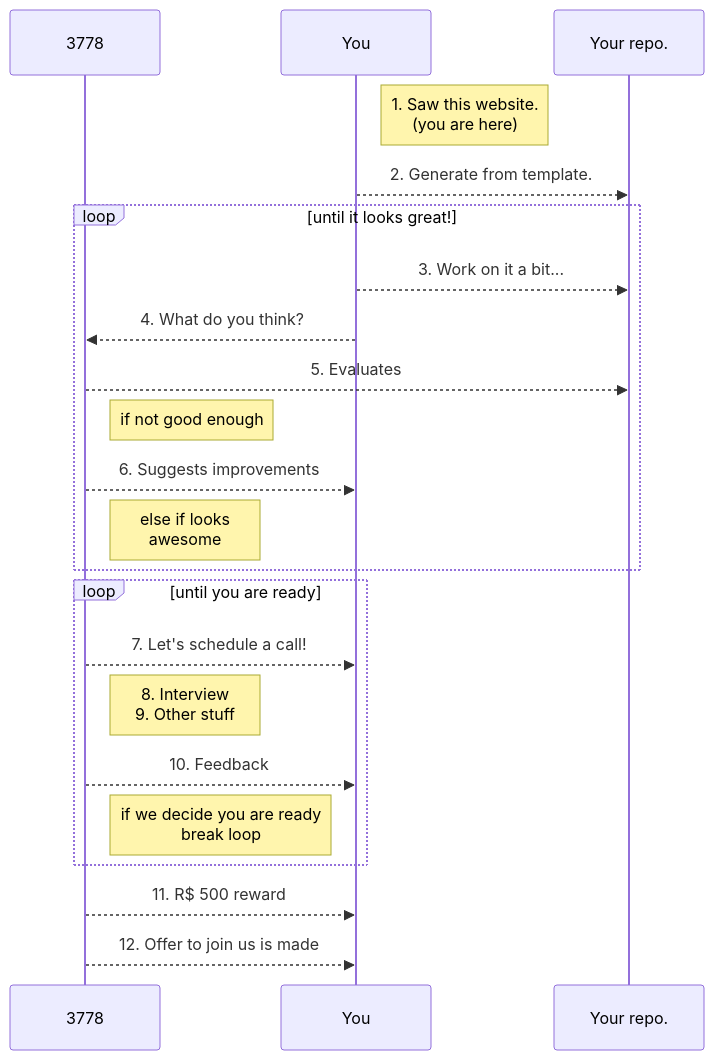
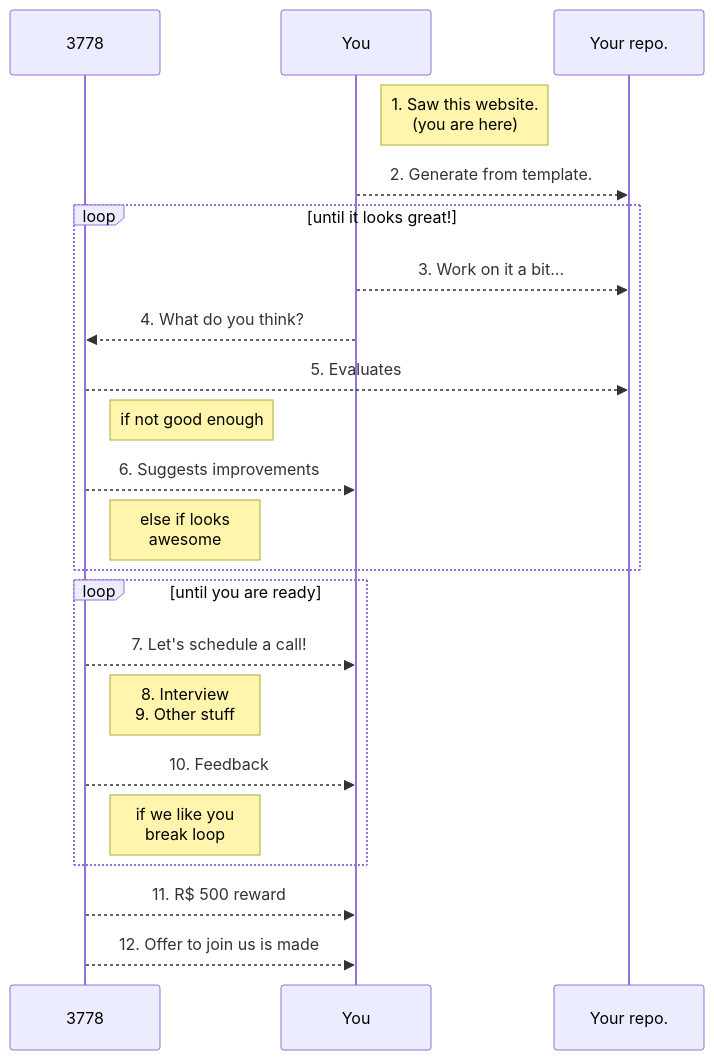
One commit to 3778/website-research changed the diagram in content/join-us.md. Above: the diagram before and after it, drawn with Mermaid.

````diff
--- a/content/join-us.md
+++ b/content/join-us.md
@@ -95,24 +95,24 @@
 ```mermaid
 sequenceDiagram
     participant 3778
     participant You
     participant Your repo.
     Note right of You: 1. Saw this website. <br> (you are here)
     You-->>Your repo.: 2. Generate from template.
     loop until it looks great!
         You-->>Your repo.: 3. Work on it a bit...
         You-->>3778: 4. What do you think?
         3778-->>Your repo.: 5. Evaluates
         Note right of 3778: if not good enough
         3778-->>You: 6. Suggests improvements
         Note right of 3778: else if looks <br> awesome
     end
     loop until you are ready
         3778-->>You: 7. Let's schedule a call!
         Note right of 3778: 8. Interview <br> 9. Other stuff
         3778-->>You: 10. Feedback
-        Note right of 3778: if we decide you are ready <br> break loop
+        Note right of 3778: if we like you <br> break loop
     end
     3778-->>You: 11. R$ 500 reward
     3778-->>You: 12. Offer to join us is made
 ```
````
